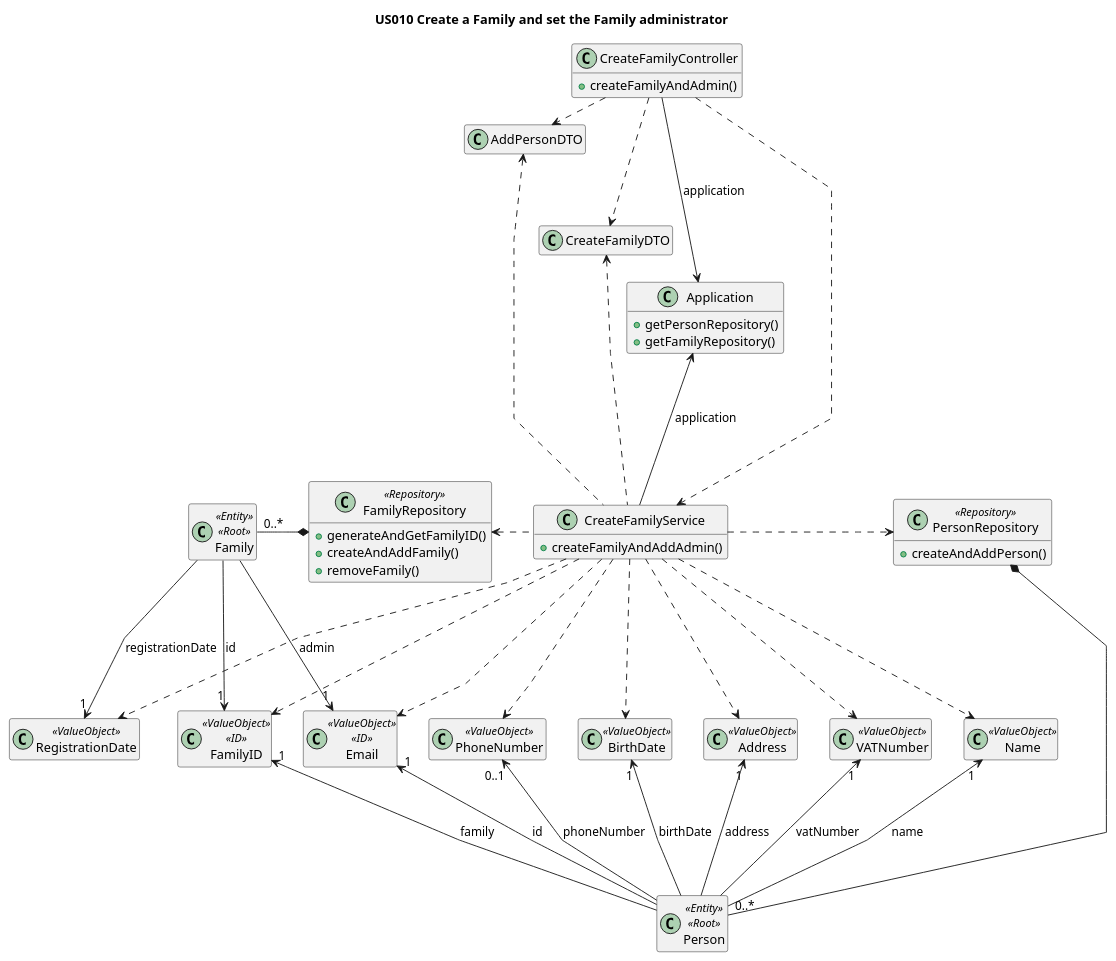
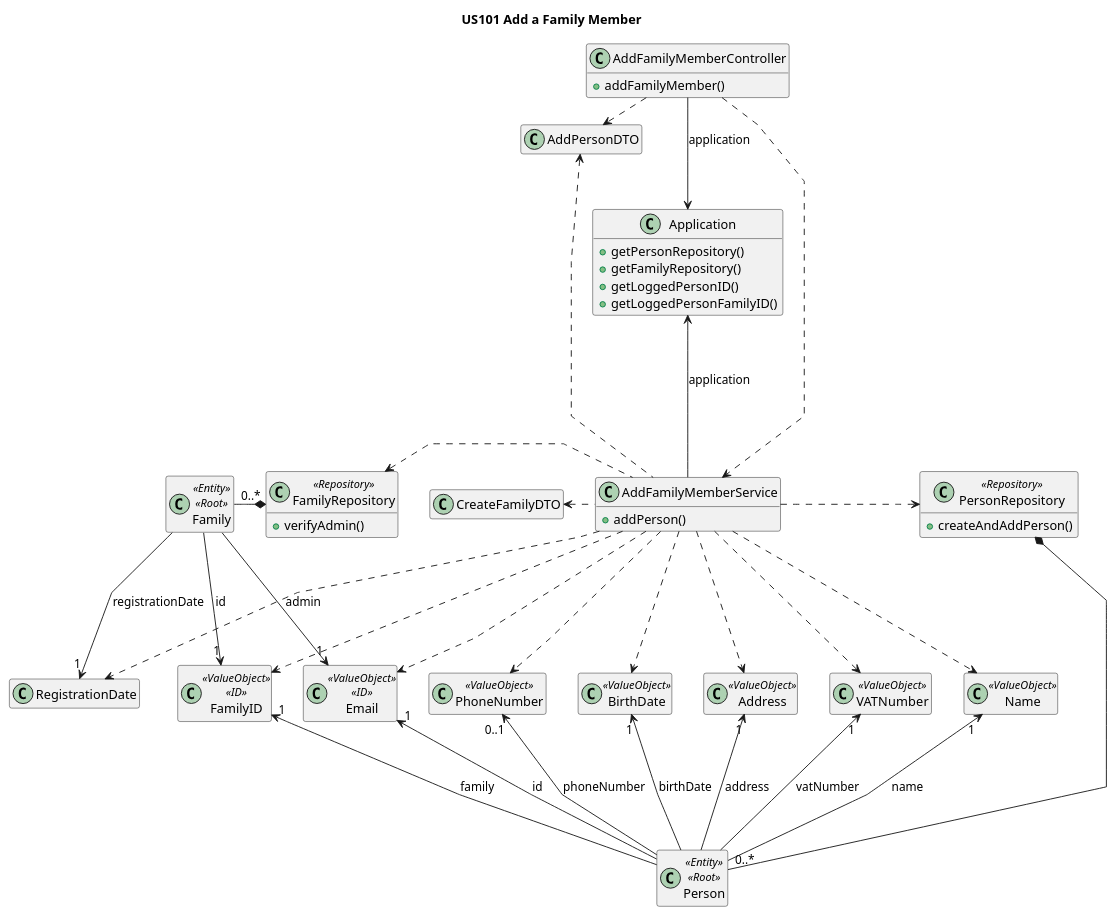
One commit to tomas-osswald/switch_2020_g3 changed the third of 4 diagrams in docs/sprint3/user_stories/US101_AddFamilyMember.md. Above: the diagram before and after it, drawn with PlantUML. The commit also changed other lines of this file and 2 other files, not shown here.

````diff
--- a/docs/sprint3/user_stories/US101_AddFamilyMember.md
+++ b/docs/sprint3/user_stories/US101_AddFamilyMember.md
@@ -131,26 +131,26 @@
 ```puml
 @startuml
 
-title US010 Create a Family and set the Family administrator
+title US101 Add a Family Member
 
 skinparam linetype polyline
 hide empty members
 
-class CreateFamilyController {
-  + createFamilyAndAdmin()
+class AddFamilyMemberController {
+  + addFamilyMember()
 }
 
 class Application {
-  + getPersonRepository()
++ getPersonRepository()
 + getFamilyRepository()
++ getLoggedPersonID()
++ getLoggedPersonFamilyID()
 }
 
-class CreateFamilyService {
-+ createFamilyAndAddAdmin()
+class AddFamilyMemberService {
++ addPerson()
 }
 
-class CreateFamilyDTO {
-}
 
 class AddPersonDTO {
 }
@@ -162,9 +162,8 @@
 }
 
 class FamilyRepository <<Repository>> {
-+ generateAndGetFamilyID()
-+ createAndAddFamily()
-+ removeFamily()
++ verifyAdmin()
+
 }
 
 class PersonRepository <<Repository>> {
@@ -193,28 +192,25 @@
 class Family <<Entity>> <<Root>> {
 }
 
-class RegistrationDate <<ValueObject>> {
-}
 
 
-CreateFamilyController -d-> Application : application
-CreateFamilyController .r> CreateFamilyDTO
-CreateFamilyController .r> AddPersonDTO
-CreateFamilyController -d---.> CreateFamilyService
+AddFamilyMemberController -d-> Application : application
+AddFamilyMemberController .r> AddPersonDTO
+AddFamilyMemberController -d---.> AddFamilyMemberService
 
-CreateFamilyService -u-> Application : application
-CreateFamilyService .u> CreateFamilyDTO
-CreateFamilyService .u> AddPersonDTO
-CreateFamilyService --.l--> FamilyRepository
-CreateFamilyService .r> PersonRepository
-CreateFamilyService -d-.> FamilyID
-CreateFamilyService -down-.> Email
-CreateFamilyService -down-.> Address
-CreateFamilyService -d-.> BirthDate
-CreateFamilyService -d-.> PhoneNumber
-CreateFamilyService -d-.> Name
-CreateFamilyService -d-.> VATNumber
-CreateFamilyService -d-.> RegistrationDate
+AddFamilyMemberService -u-> Application : application
+AddFamilyMemberService .u> CreateFamilyDTO
+AddFamilyMemberService .u> AddPersonDTO
+AddFamilyMemberService --.l--> FamilyRepository
+AddFamilyMemberService .r> PersonRepository
+AddFamilyMemberService -d-.> FamilyID
+AddFamilyMemberService -down-.> Email
+AddFamilyMemberService -down-.> Address
+AddFamilyMemberService -d-.> BirthDate
+AddFamilyMemberService -d-.> PhoneNumber
+AddFamilyMemberService -d-.> Name
+AddFamilyMemberService -d-.> VATNumber
+AddFamilyMemberService -d-.> RegistrationDate
 
 FamilyRepository *--l-- "0..*" Family
 PersonRepository *--d--- "0..*" Person
````
